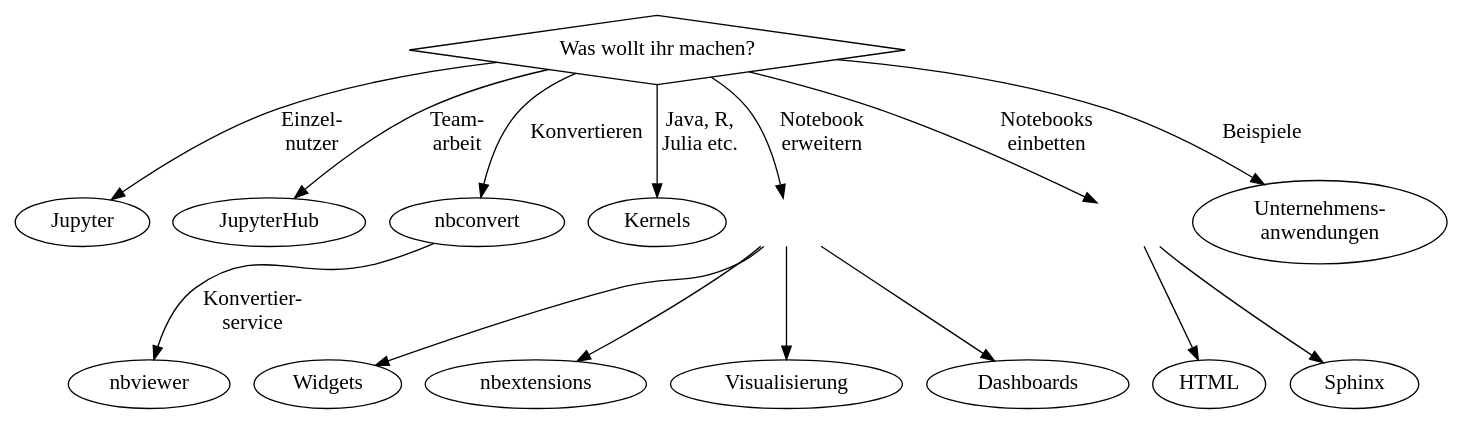
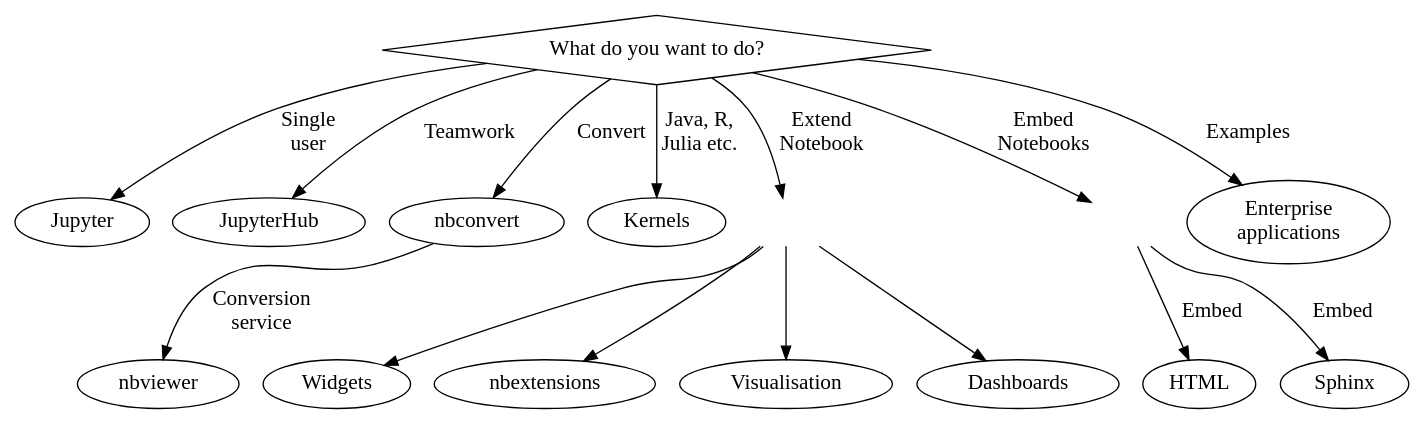
Before and after one commit to veit/jupyter-tutorial: the diagram in docs/workspace/jupyter/index.rst, drawn with Graphviz. The commit also changed 125 other files, not shown here.

```diff
--- a/docs/workspace/jupyter/index.rst
+++ b/docs/workspace/jupyter/index.rst
@@ -7,93 +7,93 @@
         graph [fontname = "Calibri", fontsize="16"];
         node [fontname = "Calibri", fontsize="16"];
         edge [fontname = "Calibri", fontsize="16"];
-        tooltip="Wie entscheide ich, welche Jupyter-Pakete ich benötige?";
+        tooltip="How do I decide which Jupyter packages I need?";
         // Top Level
         what [
             shape=diamond,
-            label="Was wollt ihr machen?",
-            tooltip="Jupyter bietet euch verschiedene Möglichkeiten, wie ihr die Notebooks nutzen könnt"]
+            label="What do you want to do?",
+            tooltip="Jupyter offers you different ways how you can use the notebooks"]
         // Second Level
         jupyter [
             label="Jupyter",
-            tooltip="Jupyter lokal installieren",
+            tooltip="Install Jupyter locally",
             target="_top",
             href="../workspace/jupyter/notebook/index.html"]
         hub [
             label="JupyterHub",
-            tooltip="JupyterHub\ninstallieren",
+            tooltip="Install\nJupyterHub",
             target="_top",
             href="../workspace/jupyter/hub/index.html"]
         nbconvert [
             label="nbconvert",
-            tooltip="nbconvert installieren und nutzen",
+            tooltip="Install and\nuse nbconvert",
             target="_top",
             href="../workspace/jupyter/nbconvert.html"]
         nbviewer [
             label="nbviewer",
-            tooltip="nbviewer installieren und nutzen",
+            tooltip="Install and\nuse nbviewer",
             target="_top",
             href="../workspace/jupyter/nbviewer.html"]
         kernels [
             label="Kernels",
-            tooltip="Kernels installieren, anzeigen und starten",
+            tooltip="Install, view and\nstart kernels",
             target="_top",
             href="../workspace/jupyter/kernels/install.html"]
         extensions [
             shape=plaintext,
             label=" ",
-            tooltip="Notebook-Erweiterungen installieren"]
+            tooltip="Install notebook extensions"]
         embed [
             shape=plaintext,
             label="",
-            tooltip="Notebooks in andere Anwendungen einbinden"]
+            tooltip="Embed notebooks in other applications"]
         examples [
-            label="Unternehmens-\nanwendungen",
-            tooltip="Anwendungsbeispiele bei Netflix, Bloomberg etc.",
+            label="Enterprise\napplications",
+            tooltip="Application examples at\nNetflix, Bloomberg etc.",
             target="_top",
             href="../workspace/jupyter/use-cases.html"]
         // 3rd Level
         widgets [
             label="Widgets",
-            tooltip="ipywidgets installieren und nutzen",
+            tooltip="Install and\nuse ipywidgets",
             target="_top",
             href="../workspace/jupyter/ipywidgets/index.html"]
         extend [
             label="nbextensions",
-            tooltip="Installieren und Verwenden verschiedener Notebook-Erweiterungen",
+            tooltip="Install and use various\nnotebook extensions",
             target="_top",
             href="../workspace/jupyter/nbextensions/index.html"]
         viz [
-            label="Visualisierung",
-            tooltip="Bibliotheken zur Datenvisualisierung",
+            label="Visualisation",
+            tooltip="Data visualisation libraries",
             target="_top",
             href="../viz/index.html"]
         dash [
             label="Dashboards",
-            tooltip="Installieren und Verwenden von Dashboards",
+            tooltip="Install and\nuse Dashboards",
             target="_top",
             href="../web/dashboards/index.html"]
         html [
             label="HTML",
-            tooltip="Einbinden von Notebooks in statisches HTML",
+            tooltip="Embed notebooks in\nstatic HTML",
             target="_top",
             href="../workspace/jupyter/ipywidgets/embedding.html"]
         sphinx [
             label="Sphinx",
-            tooltip="Einbinden von Notebooks in den Sphinx Document Generator",
+            tooltip="Embed notebooks in the\nSphinx Document Generator",
             target="_top",
             href="../workspace/jupyter/nbsphinx.html"]
         // Edges
-        what -> jupyter [label="Einzel-\nnutzer"]
-        what -> hub [label="Team-\narbeit"]
-        what -> nbconvert [label="Konvertieren"]
-        nbconvert -> nbviewer [label="Konvertier-\nservice"]
+        what -> jupyter [label="Single\nuser"]
+        what -> hub [label="Teamwork"]
+        what -> nbconvert [label="Convert"]
+        nbconvert -> nbviewer [label="Conversion\nservice"]
         what -> kernels [label="Java, R,\nJulia etc."]
-        what -> extensions [label="Notebook\nerweitern"]
-        what -> embed [label="Notebooks\neinbetten"]
-        what -> examples [label="Beispiele"]
+        what -> extensions [label="Extend\nNotebook"]
+        what -> embed [label="Embed\nNotebooks"]
+        what -> examples [label="Examples"]
         extensions -> {widgets extend viz dash}
-        embed -> {html sphinx}
+        embed -> {html sphinx} [label="Embed"]
         // Arrangement
         {rank = same; what;}
         {rank = same; jupyter; hub; nbconvert; kernels; extensions; embed; examples;}
```
